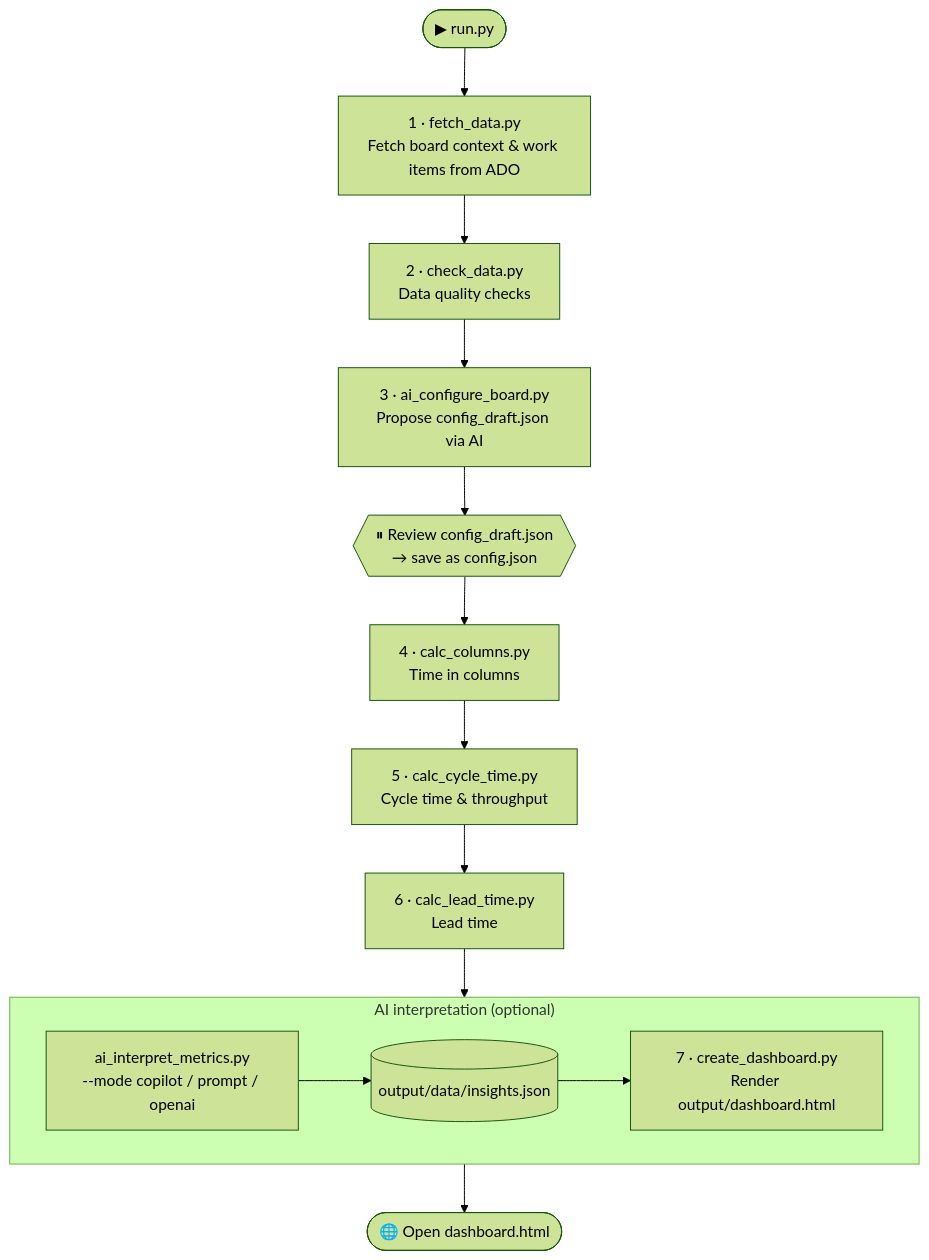
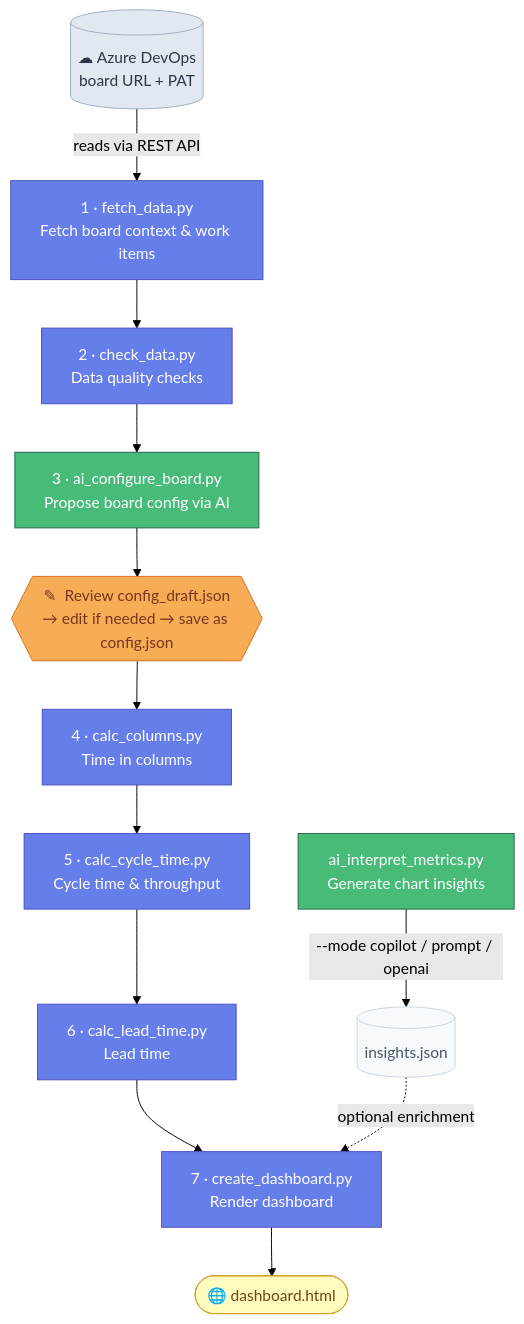
One commit to asos-davidmichel/ai-flow-metrics changed the diagram in README.md. Above: the diagram before and after it, drawn with Mermaid (forest theme). The commit also changed other lines of this file, not shown here.

Commit message:
docs: improve pipeline diagram with colour-coded node types and ADO connection

````diff
--- a/README.md
+++ b/README.md
@@ -51,22 +51,31 @@
 ```mermaid
 flowchart TD
-    A([▶ run.py]) --> B
+    ADO[("☁ Azure DevOps\nboard URL + PAT")]:::external
 
-    B["1 · fetch_data.py\nFetch board context & work items from ADO"]
-    B --> C["2 · check_data.py\nData quality checks"]
-    C --> D["3 · ai_configure_board.py\nPropose config_draft.json via AI"]
-    D --> E{{"⏸ Review config_draft.json\n→ save as config.json"}}
-    E --> F["4 · calc_columns.py\nTime in columns"]
-    F --> G["5 · calc_cycle_time.py\nCycle time & throughput"]
-    G --> H["6 · calc_lead_time.py\nLead time"]
-    H --> I["7 · create_dashboard.py\nRender output/dashboard.html"]
+    fetch["1 · fetch_data.py\nFetch board context & work items"]:::script
+    check["2 · check_data.py\nData quality checks"]:::script
+    aiconf["3 · ai_configure_board.py\nPropose board config via AI"]:::ai
+    review{{"✎  Review config_draft.json\n→ edit if needed → save as config.json"}}:::manual
+    calccol["4 · calc_columns.py\nTime in columns"]:::script
+    calcct["5 · calc_cycle_time.py\nCycle time & throughput"]:::script
+    calclt["6 · calc_lead_time.py\nLead time"]:::script
+    dash["7 · create_dashboard.py\nRender dashboard"]:::script
+    out(["🌐 dashboard.html"]):::output
 
-    I --> J(["🌐 Open dashboard.html"])
+    aimetrics["ai_interpret_metrics.py\nGenerate chart insights"]:::ai
+    insights[("insights.json")]:::file
 
-    subgraph AI ["AI interpretation (optional)"]
-        direction LR
-        K["ai_interpret_metrics.py\n--mode copilot / prompt / openai"]
-        K --> L[("output/data/insights.json")]
-        L --> I
-    end
+    ADO -->|"reads via REST API"| fetch
+    fetch --> check --> aiconf --> review
+    review --> calccol --> calcct --> calclt --> dash
+    aimetrics -->|"--mode copilot / prompt / openai"| insights
+    insights -.->|"optional enrichment"| dash
+    dash --> out
+
+    classDef script  fill:#667eea,color:#fff,stroke:#4c51bf
+    classDef ai      fill:#48bb78,color:#fff,stroke:#276749
+    classDef manual  fill:#f6ad55,color:#7b341e,stroke:#dd6b20
+    classDef external fill:#e2e8f0,color:#2d3748,stroke:#a0aec0
+    classDef file    fill:#f7fafc,color:#4a5568,stroke:#cbd5e0
+    classDef output  fill:#fefcbf,color:#744210,stroke:#d69e2e
 ```
````
